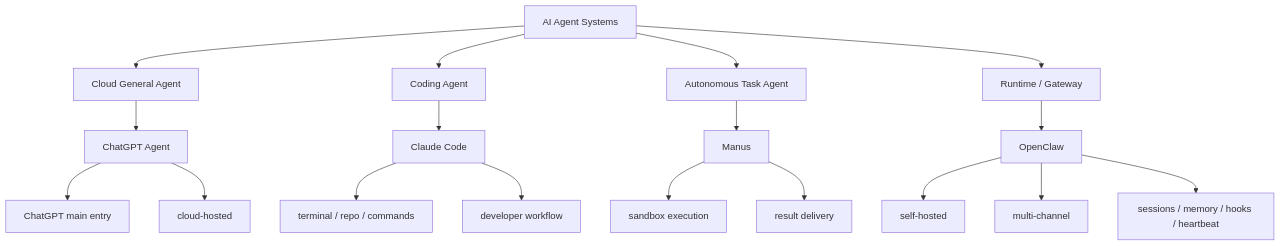
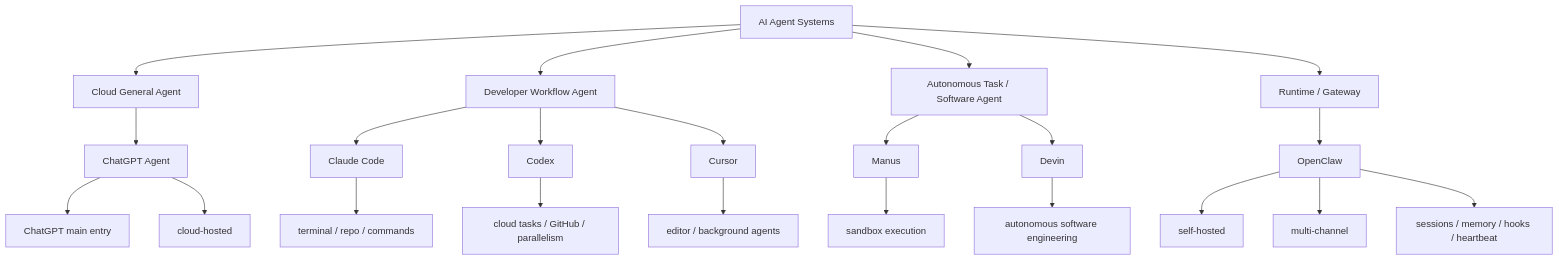
Before and after one commit to superliyang/tony-2026: the diagram in 01-Areas/AI-Learning/07-Maps/AI Agent Product Positioning Map.md, drawn with Mermaid. The commit also changed other lines of this file and 12 other files, not shown here.

Commit message:
Add AI coding agent systems comparison

````diff
--- a/01-Areas/AI-Learning/07-Maps/AI Agent Product Positioning Map.md
+++ b/01-Areas/AI-Learning/07-Maps/AI Agent Product Positioning Map.md
@@ -15,25 +15,29 @@
 ```mermaid
 flowchart TD
   A["AI Agent Systems"] --> B["Cloud General Agent"]
-  A --> C["Coding Agent"]
-  A --> D["Autonomous Task Agent"]
+  A --> C["Developer Workflow Agent"]
+  A --> D["Autonomous Task / Software Agent"]
   A --> E["Runtime / Gateway"]
 
   B --> B1["ChatGPT Agent"]
   C --> C1["Claude Code"]
+  C --> C2["Codex"]
+  C --> C3["Cursor"]
   D --> D1["Manus"]
+  D --> D2["Devin"]
   E --> E1["OpenClaw"]
 
   E1 --> E2["self-hosted"]
   E1 --> E3["multi-channel"]
   E1 --> E4["sessions / memory / hooks / heartbeat"]
 
   B1 --> B2["ChatGPT main entry"]
   B1 --> B3["cloud-hosted"]
 
-  C1 --> C2["terminal / repo / commands"]
-  C1 --> C3["developer workflow"]
+  C1 --> C4["terminal / repo / commands"]
+  C2 --> C5["cloud tasks / GitHub / parallelism"]
+  C3 --> C6["editor / background agents"]
 
-  D1 --> D2["sandbox execution"]
-  D1 --> D3["result delivery"]
+  D1 --> D3["sandbox execution"]
+  D2 --> D4["autonomous software engineering"]
 ```
````
